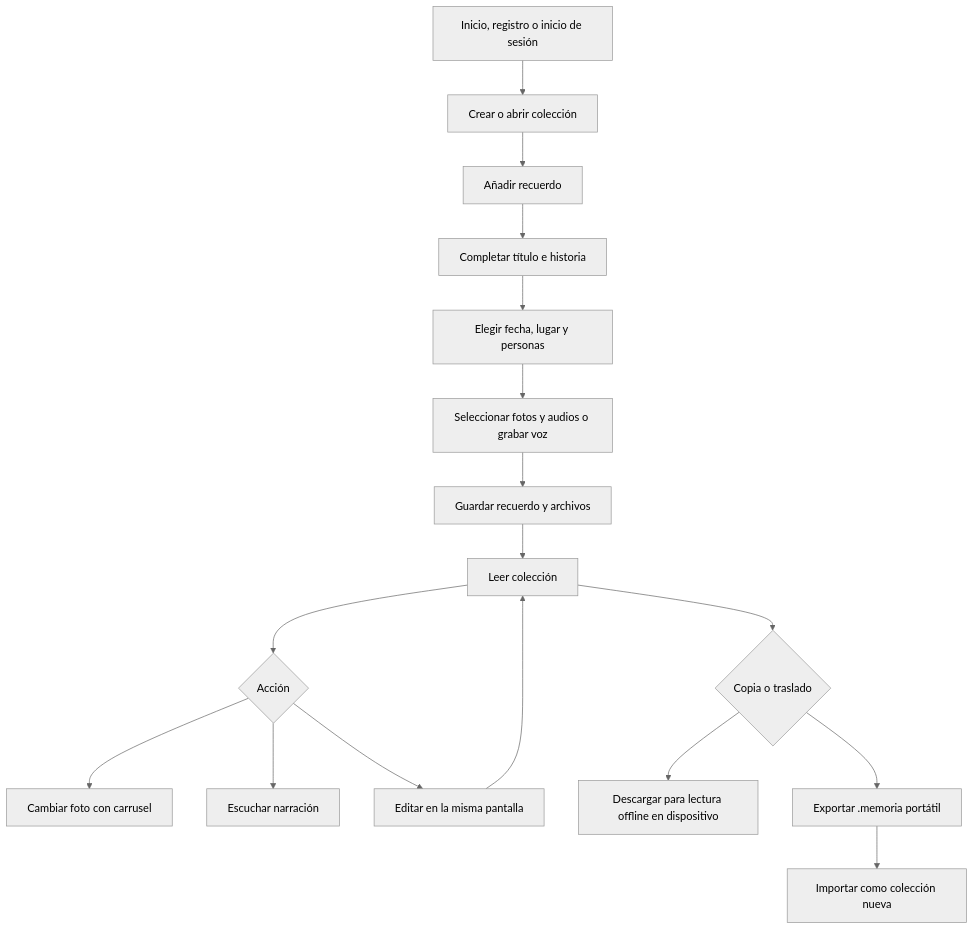
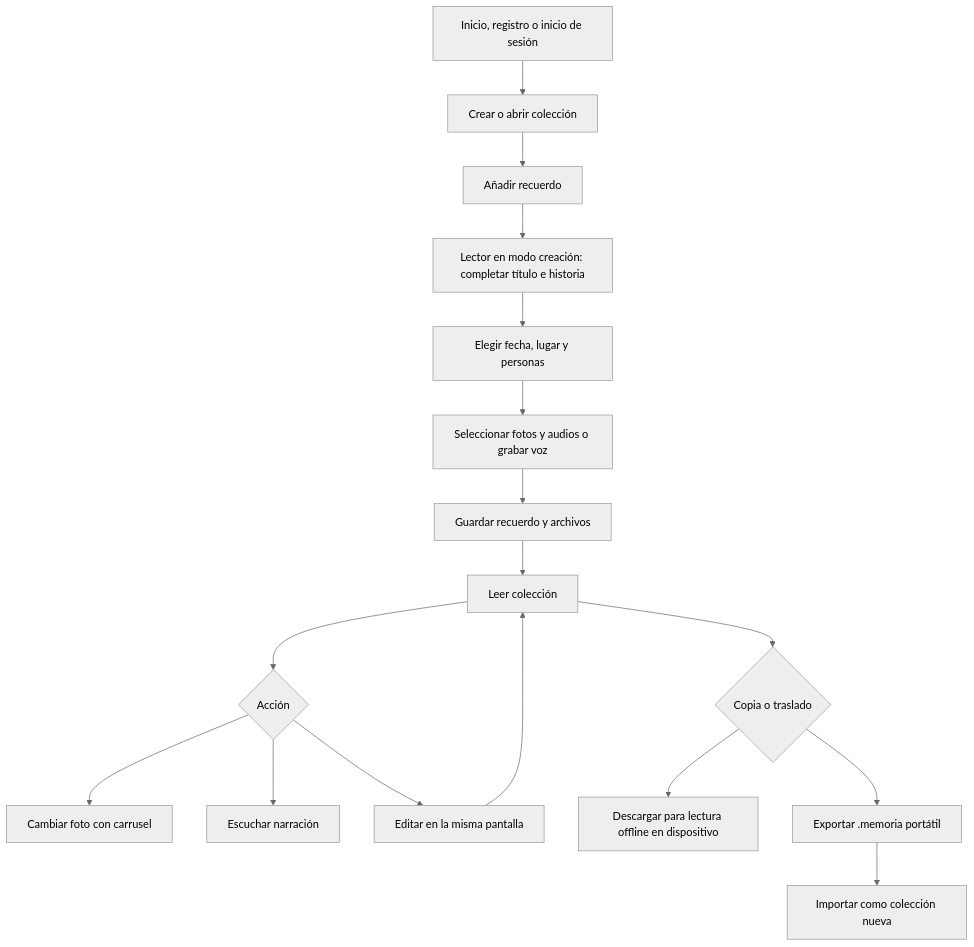
The diagram in docs/MVP_SPEC.md (IgniferDev/MemoriaViva), drawn with Mermaid (neutral theme) before and after one commit. The commit also changed other lines of this file and 6 other files, not shown here.

````diff
--- a/docs/MVP_SPEC.md
+++ b/docs/MVP_SPEC.md
@@ -187,19 +185,19 @@
 ```mermaid
 flowchart TD
     A[Inicio, registro o inicio de sesión] --> B[Crear o abrir colección]
     B --> C[Añadir recuerdo]
-    C --> D[Completar título e historia]
+    C --> D[Lector en modo creación: completar título e historia]
     D --> E[Elegir fecha, lugar y personas]
     E --> F[Seleccionar fotos y audios o grabar voz]
     F --> G[Guardar recuerdo y archivos]
     G --> H[Leer colección]
     H --> I{Acción}
     I --> J[Cambiar foto con carrusel]
     I --> K[Escuchar narración]
     I --> L[Editar en la misma pantalla]
     L --> H
     H --> M{Copia o traslado}
     M --> N[Descargar para lectura offline en dispositivo]
     M --> O[Exportar .memoria portátil]
     O --> P[Importar como colección nueva]
 ```
````
